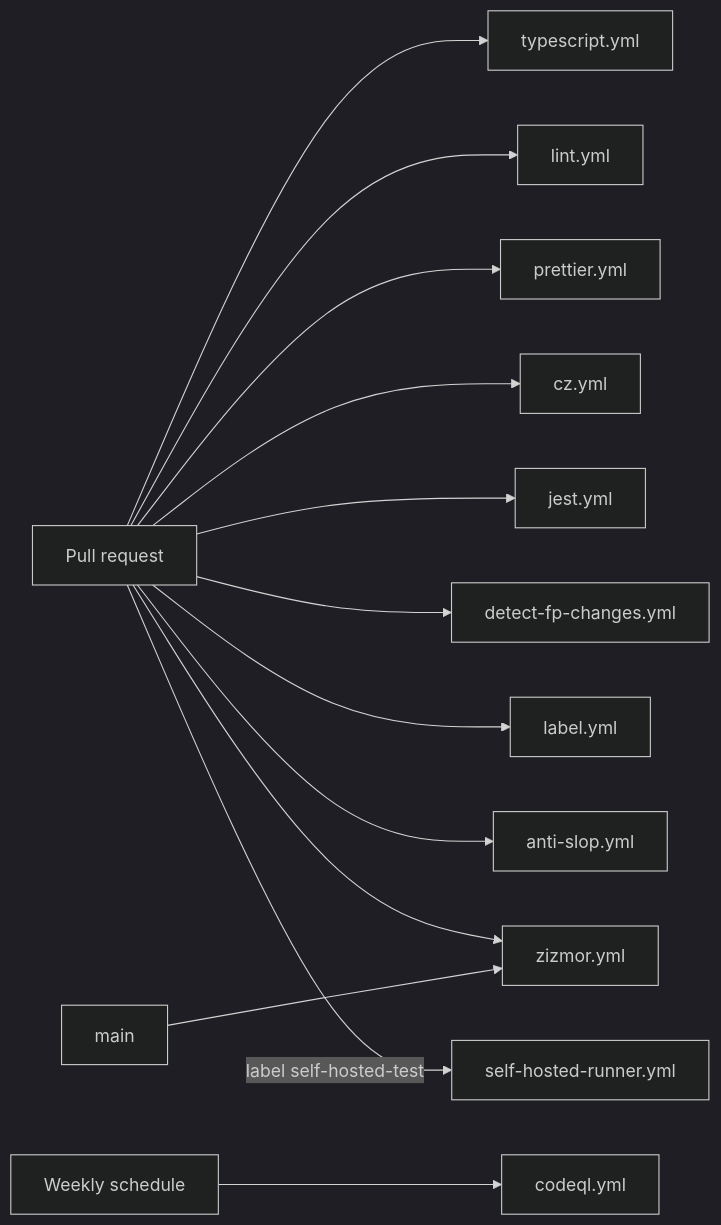
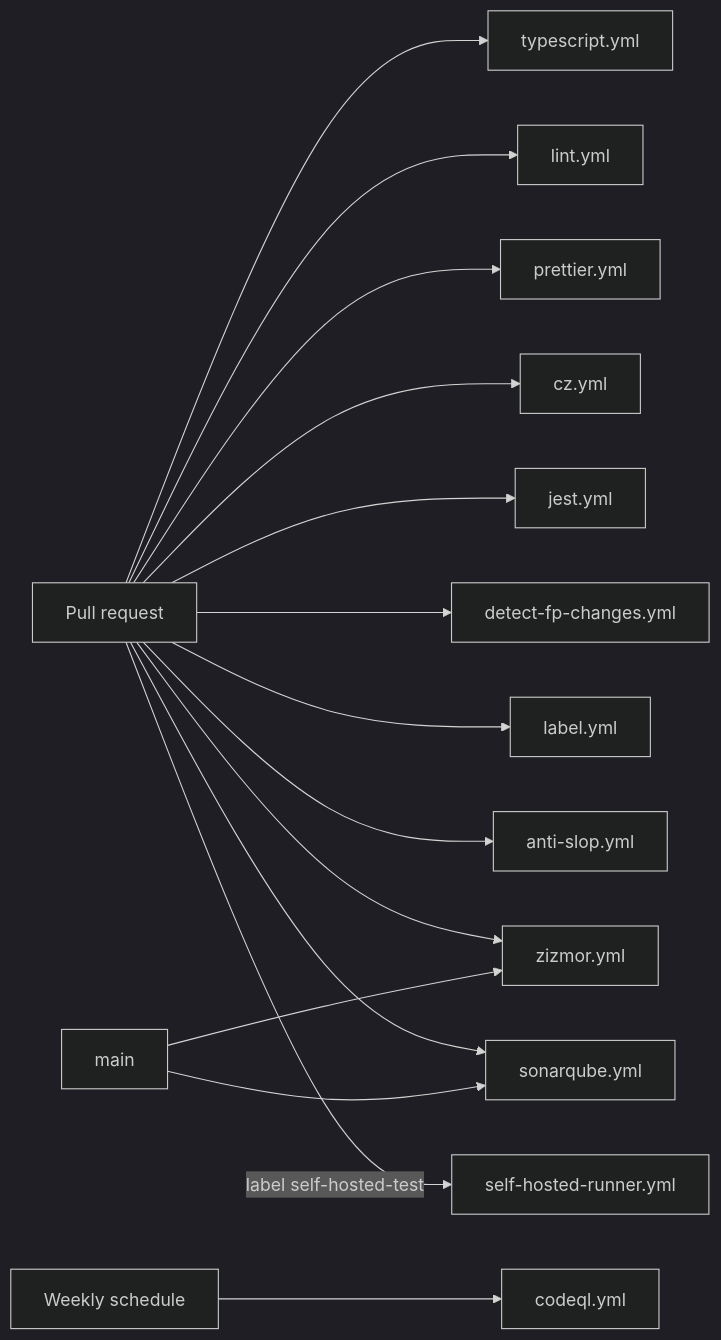
Before and after one commit to luke-h1/foam: the first of 4 diagrams in README.md, drawn with Mermaid (dark theme). The commit also changed other lines of this file and 7 other files, not shown here.

````diff
--- a/README.md
+++ b/README.md
@@ -343,15 +344,17 @@
 ```mermaid
 flowchart LR
   PR[Pull request] --> TS[typescript.yml]
   PR --> Lint[lint.yml]
   PR --> Prettier[prettier.yml]
   PR --> CZ[cz.yml]
   PR --> Jest[jest.yml]
   PR --> FP[detect-fp-changes.yml]
   PR --> Label[label.yml]
   PR --> Slop[anti-slop.yml]
   PR --> Zizmor[zizmor.yml]
+  PR --> Sonar[sonarqube.yml]
   PR -->|label self-hosted-test| SH[self-hosted-runner.yml]
   Main[main] --> Zizmor
+  Main --> Sonar
   Schedule[Weekly schedule] --> CodeQL[codeql.yml]
 ```
````
